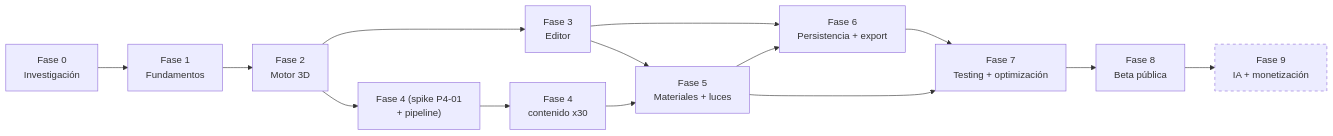
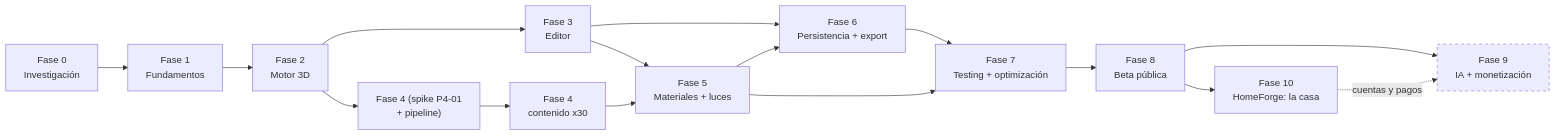
Before and after one commit to MarcSagues/room-forge: the diagram in docs/ROADMAP.md, drawn with Mermaid. The commit also changed other lines of this file and 4 other files, not shown here.

First line of the commit message:
docs(adr): HomeForge modes and free/premium plans (ADR-0012)

````diff
--- a/docs/ROADMAP.md
+++ b/docs/ROADMAP.md
@@ -26,17 +27,19 @@
 ```mermaid
 flowchart LR
   F0["Fase 0<br/>Investigación"] --> F1["Fase 1<br/>Fundamentos"]
   F1 --> F2["Fase 2<br/>Motor 3D"]
   F2 --> F3["Fase 3<br/>Editor"]
   F2 --> F4a["Fase 4 (spike P4-01<br/>+ pipeline)"]
   F4a --> F4b["Fase 4<br/>contenido x30"]
   F3 --> F5["Fase 5<br/>Materiales + luces"]
   F4b --> F5
   F3 --> F6["Fase 6<br/>Persistencia + export"]
   F5 --> F6
   F6 --> F7["Fase 7<br/>Testing + optimización"]
   F5 --> F7
   F7 --> F8["Fase 8<br/>Beta pública"]
   F8 --> F9["Fase 9<br/>IA + monetización"]
+  F8 --> F10["Fase 10<br/>HomeForge: la casa"]
+  F10 -. "cuentas y pagos" .-> F9
   style F9 stroke-dasharray: 5 5
 ```
````
